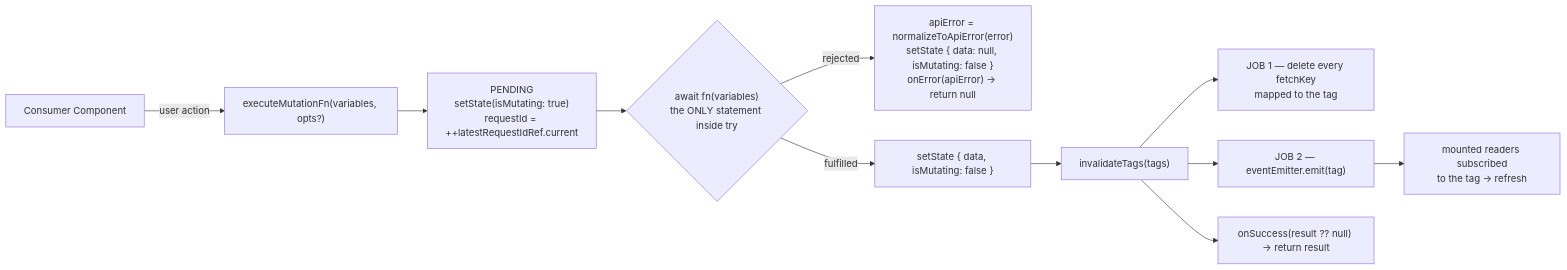
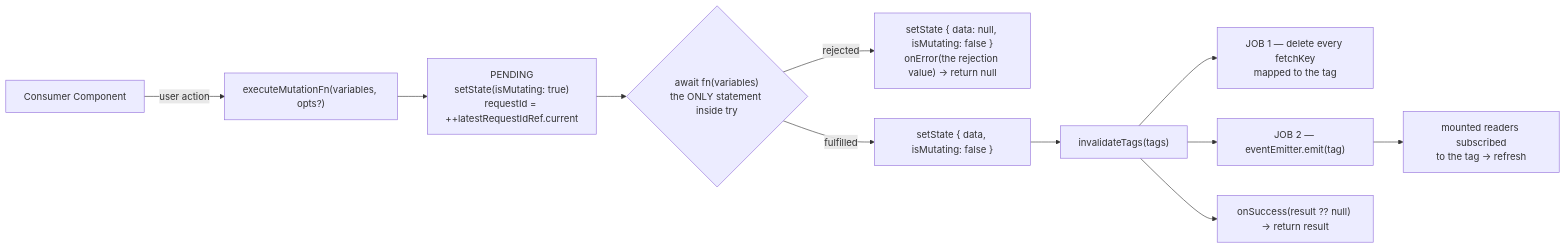
The first of 4 diagrams in docs/architecture/USE-MUTATION-FN-FLOW.md (chuhaiphu/fetchwire), drawn with Mermaid before and after one commit. The commit also changed other lines of this file and 29 other files, not shown here.

````diff
--- a/docs/architecture/USE-MUTATION-FN-FLOW.md
+++ b/docs/architecture/USE-MUTATION-FN-FLOW.md
@@ -36,15 +36,15 @@
 ```mermaid
 flowchart LR
     Cmp["Consumer Component"] -->|"user action"| EXE["executeMutationFn(variables, opts?)"]
     EXE --> PEND["PENDING<br/>setState(isMutating: true)<br/>requestId = ++latestRequestIdRef.current"]
     PEND --> TRY{"await fn(variables)<br/>the ONLY statement inside try"}
 
-    TRY -->|"rejected"| ERRS["apiError = normalizeToApiError(error)<br/>setState { data: null, isMutating: false }<br/>onError(apiError) → return null"]
+    TRY -->|"rejected"| ERRS["setState { data: null, isMutating: false }<br/>onError(the rejection value) → return null"]
 
     TRY -->|"fulfilled"| OKS["setState { data, isMutating: false }"]
     OKS --> INV["invalidateTags(tags)"]
     INV --> CLR["JOB 1 — delete every fetchKey<br/>mapped to the tag"]
     INV --> EMIT["JOB 2 — eventEmitter.emit(tag)"]
     EMIT --> RD["mounted readers subscribed<br/>to the tag → refresh"]
     INV --> OK["onSuccess(result ?? null) → return result"]
 ```
````
